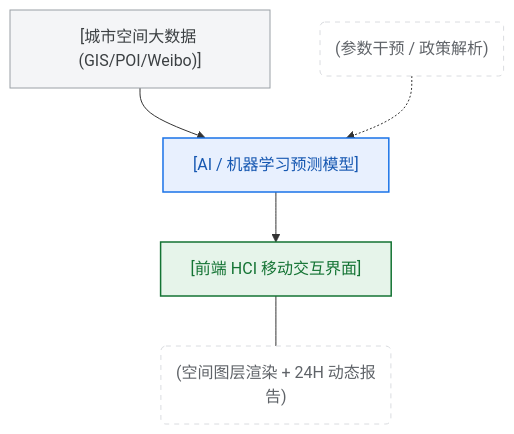
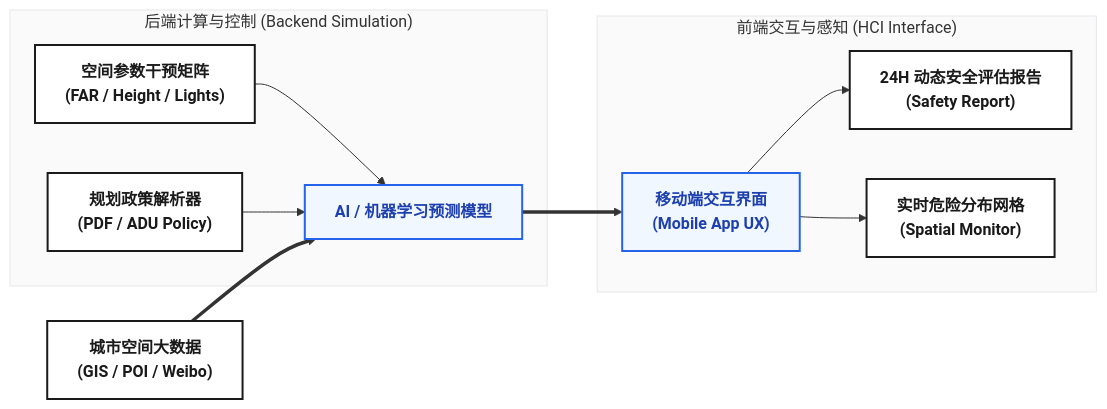
Before and after one commit to l12x21y/Chicago-Crime-Sim: the diagram in README.md, drawn with Mermaid. The commit also changed other lines of this file, not shown here.

````diff
--- a/README.md
+++ b/README.md
@@ -32,22 +32,38 @@
 ```mermaid
-graph TD
-    %% 节点样式定义（让图表呈现高级的学术灰蓝调）
-    classDef data fill:#f4f5f7,stroke:#9aa0a6,stroke-width:1px,color:#3c4043;
-    classDef model fill:#e8f0fe,stroke:#1a73e8,stroke-width:1.5px,color:#1557b1;
-    classDef ui fill:#e6f4ea,stroke:#137333,stroke-width:1.5px,color:#137333;
-    classDef side fill:#fff,stroke:#dadce0,stroke-dasharray: 5 5,color:#5f6368;
+graph LR
+    %% 样式与配色定义 (学术线稿风)
+    classDef boxStyle fill:#ffffff,stroke:#1a1a1a,stroke-width:2px,color:#1a1a1a,font-weight:bold;
+    classDef subBoxStyle fill:#f8f9fa,stroke:#d1d5db,stroke-width:1px,stroke-dasharray: 5 5,color:#4b5563;
+    classDef highlightBox fill:#f0f7ff,stroke:#2563eb,stroke-width:2px,color:#1e40af,font-weight:bold;
 
-    %% 核心节点与连接
-    A["[城市空间大数据 (GIS/POI/Weibo)]"] --> B["[AI / 机器学习预测模型]"]
-    B --> C["[前端 HCI 移动交互界面]"]
+    %% 核心数据层
+    A["城市空间大数据<br>(GIS / POI / Weibo)"]:::boxStyle
 
-    %% 分支节点与连接
-    D("(参数干预 / 政策解析)") -.-> B
-    C --- E("(空间图层渲染 + 24H 动态报告)")
+    %% 后端计算子图
+    subgraph Backend [" 后端计算与控制 (Backend Simulation) "]
+        B["AI / 机器学习预测模型"]:::highlightBox
+        D["规划政策解析器<br>(PDF / ADU Policy)"]:::boxStyle
+        F["空间参数干预矩阵<br>(FAR / Height / Lights)"]:::boxStyle
+        
+        F --> B
+        D --> B
+    end
 
-    %% 应用样式
-    class A data;
-    class B model;
-    class C ui;
-    class D,E side;
+    %% 前端交互子图
+    subgraph Frontend [" 前端交互与感知 (HCI Interface) "]
+        C["移动端交互界面<br>(Mobile App UX)"]:::highlightBox
+        E1["24H 动态安全评估报告<br>(Safety Report)"]:::boxStyle
+        E2["实时危险分布网格<br>(Spatial Monitor)"]:::boxStyle
+        
+        C --> E1
+        C --> E2
+    end
+
+    %% 主干流水线连接
+    A ==> B
+    B ==> C
+
+    %% 子图样式应用
+    style Backend fill:#fafafa,stroke:#e5e7eb,stroke-width:1px
+    style Frontend fill:#fafafa,stroke:#e5e7eb,stroke-width:1px
 ```
````
